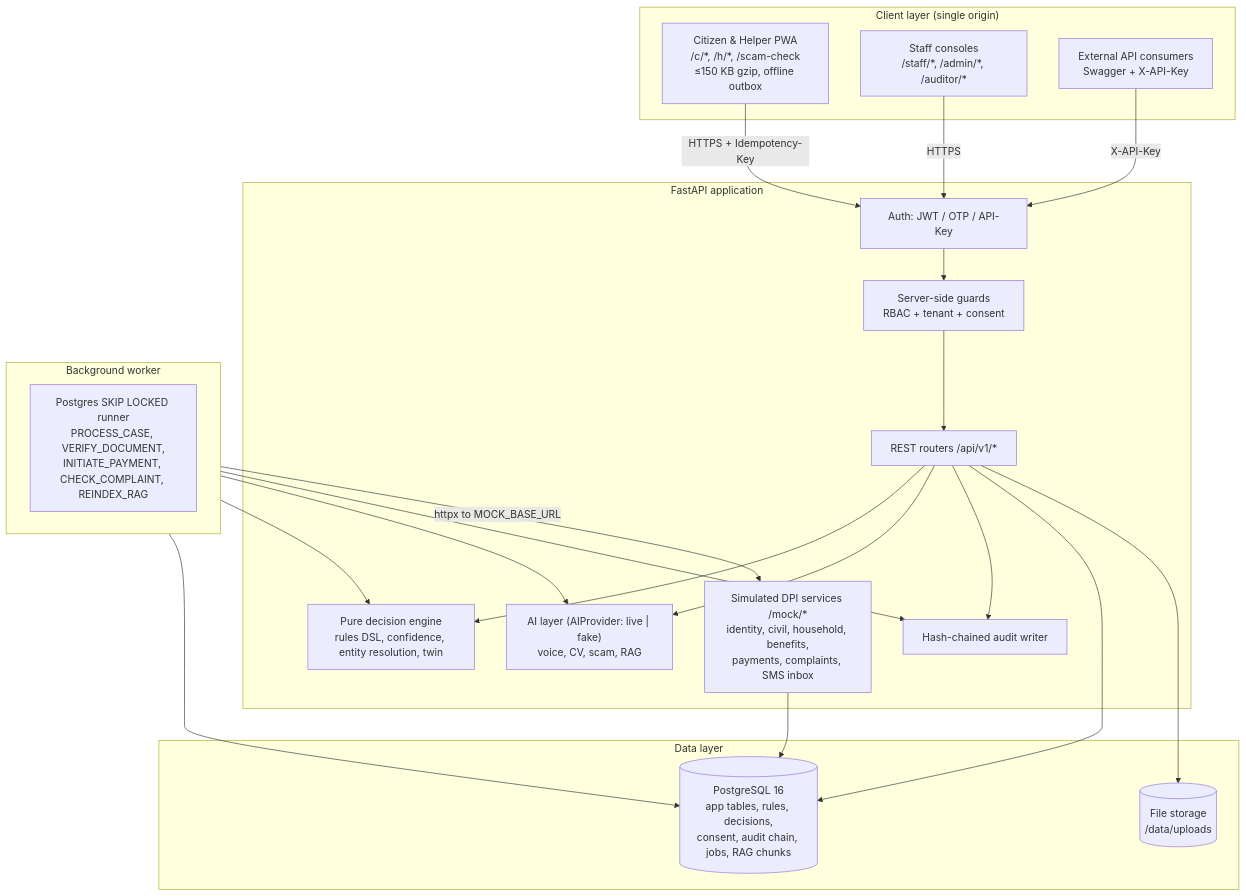
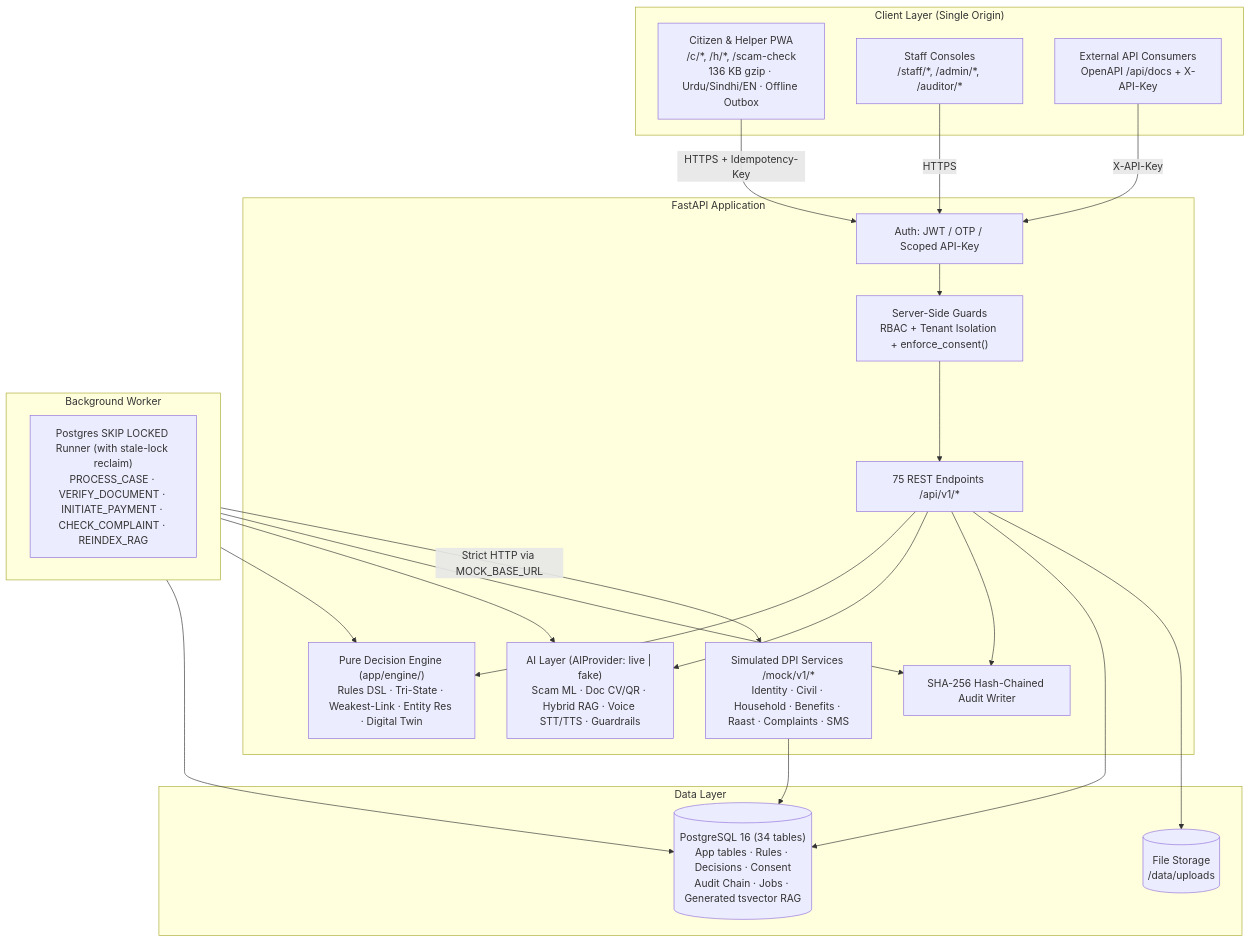
One commit to saim-x/haqdaar changed the diagram in README.md. Above: the diagram before and after it, drawn with Mermaid. The commit also changed other lines of this file and 1 other file, not shown here.

````diff
--- a/README.md
+++ b/README.md
@@ -53,43 +113,43 @@
 ```mermaid
 flowchart TB
-    subgraph Clients["Client layer (single origin)"]
-        PWA["Citizen & Helper PWA<br/>/c/*, /h/*, /scam-check<br/>≤150 KB gzip, offline outbox"]
-        Staff["Staff consoles<br/>/staff/*, /admin/*, /auditor/*"]
-        Ext["External API consumers<br/>Swagger + X-API-Key"]
+    subgraph Clients["Client Layer (Single Origin)"]
+        PWA["Citizen & Helper PWA<br/>/c/*, /h/*, /scam-check<br/>136 KB gzip · Urdu/Sindhi/EN · Offline Outbox"]
+        Staff["Staff Consoles<br/>/staff/*, /admin/*, /auditor/*"]
+        Ext["External API Consumers<br/>OpenAPI /api/docs + X-API-Key"]
     end
 
-    subgraph API["FastAPI application"]
-        Auth["Auth: JWT / OTP / API-Key"]
-        Guards["Server-side guards<br/>RBAC + tenant + consent"]
-        Routers["REST routers /api/v1/*"]
-        Engine["Pure decision engine<br/>rules DSL, confidence, entity resolution, twin"]
-        AI["AI layer (AIProvider: live | fake)<br/>voice, CV, scam, RAG"]
-        Audit["Hash-chained audit writer"]
-        Mocks["Simulated DPI services /mock/*<br/>identity, civil, household, benefits,<br/>payments, complaints, SMS inbox"]
+    subgraph API["FastAPI Application"]
+        Auth["Auth: JWT / OTP / Scoped API-Key"]
+        Guards["Server-Side Guards<br/>RBAC + Tenant Isolation + enforce_consent()"]
+        Routers["75 REST Endpoints /api/v1/*"]
+        Engine["Pure Decision Engine (app/engine/)<br/>Rules DSL · Tri-State · Weakest-Link · Entity Res · Digital Twin"]
+        AI["AI Layer (AIProvider: live | fake)<br/>Scam ML · Doc CV/QR · Hybrid RAG · Voice STT/TTS · Guardrails"]
+        Audit["SHA-256 Hash-Chained Audit Writer"]
+        Mocks["Simulated DPI Services /mock/v1/*<br/>Identity · Civil · Household · Benefits · Raast · Complaints · SMS"]
     end
 
-    subgraph Worker["Background worker"]
-        Poller["Postgres SKIP LOCKED runner<br/>PROCESS_CASE, VERIFY_DOCUMENT,<br/>INITIATE_PAYMENT, CHECK_COMPLAINT, REINDEX_RAG"]
+    subgraph Worker["Background Worker"]
+        Poller["Postgres SKIP LOCKED Runner (with stale-lock reclaim)<br/>PROCESS_CASE · VERIFY_DOCUMENT · INITIATE_PAYMENT · CHECK_COMPLAINT · REINDEX_RAG"]
     end
 
-    subgraph Storage["Data layer"]
-        PG[("PostgreSQL 16<br/>app tables, rules, decisions,<br/>consent, audit chain, jobs, RAG chunks")]
-        FS[("File storage<br/>/data/uploads")]
+    subgraph Storage["Data Layer"]
+        PG[("PostgreSQL 16 (34 tables)<br/>App tables · Rules · Decisions · Consent<br/>Audit Chain · Jobs · Generated tsvector RAG")]
+        FS[("File Storage<br/>/data/uploads")]
     end
 
     PWA -->|HTTPS + Idempotency-Key| Auth
     Staff -->|HTTPS| Auth
     Ext -->|X-API-Key| Auth
     Auth --> Guards --> Routers
     Routers --> Engine
     Routers --> AI
     Routers --> Audit
     Routers --> PG
     Routers --> FS
     Worker --> PG
     Worker --> Engine
     Worker --> AI
     Worker --> Audit
-    Worker -->|httpx to MOCK_BASE_URL| Mocks
+    Worker -->|Strict HTTP via MOCK_BASE_URL| Mocks
     Mocks --> PG
 ```
````
